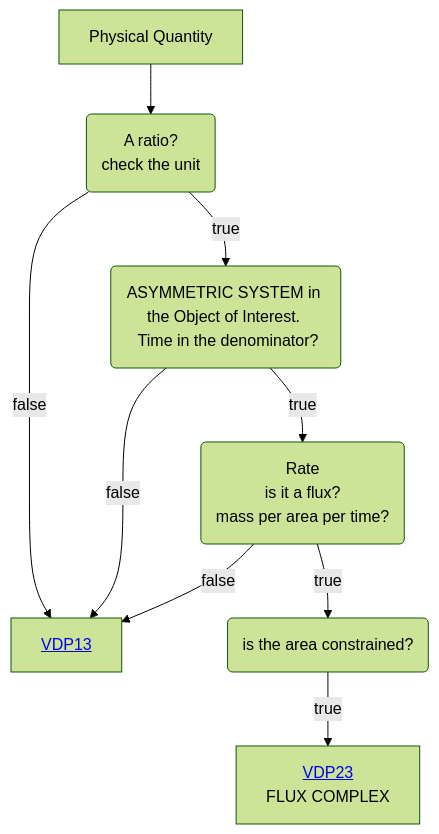
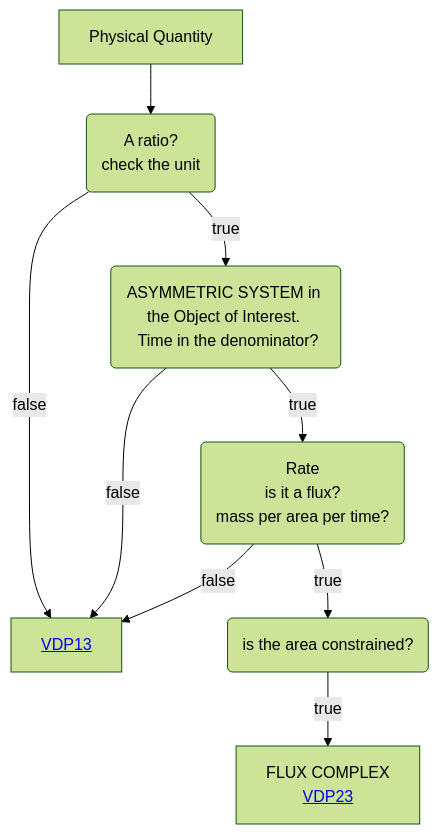
The diagram in Decisition_trees/DT2.mmd (mabablue/I-ADOPT-patterns-playground), drawn with Mermaid (forest theme) before and after one commit.

Commit message:
Update link formatting in DT2.mmd

```diff
--- a/Decisition_trees/DT2.mmd
+++ b/Decisition_trees/DT2.mmd
@@ -1,9 +1,9 @@
 flowchart TD
     A[Physical Quantity] --> B(A ratio?<br>check the unit)
     B --> |true|C(ASYMMETRIC SYSTEM in the Object of Interest. <br> Time in the denominator?) 
     B --> |false|D[<a href='https://github.com/mabablue/I-ADOPT-patterns-playground/blob/main/pattern/VDP13.yaml'>VDP13</a>]
     C --> |true|E(Rate <br> is it a flux? <br> mass per area per time?)
     C --> |false|D
     E --> |true|F(is the area constrained?)
     E --> |false|D
-    F --> |true|G[<a href='https://github.com/mabablue/I-ADOPT-patterns-playground/blob/main/pattern/VDP23.yaml'>VDP23</a> <br> FLUX COMPLEX]
+    F --> |true|G[FLUX COMPLEX <br> <a href='https://github.com/mabablue/I-ADOPT-patterns-playground/blob/main/pattern/VDP23.yaml'>VDP23</a>]
```
